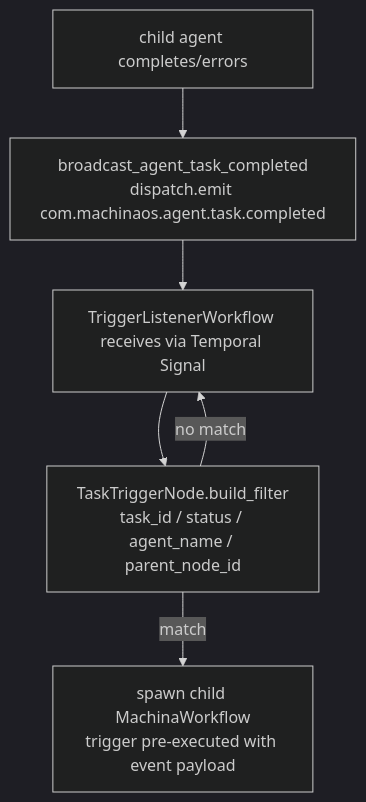
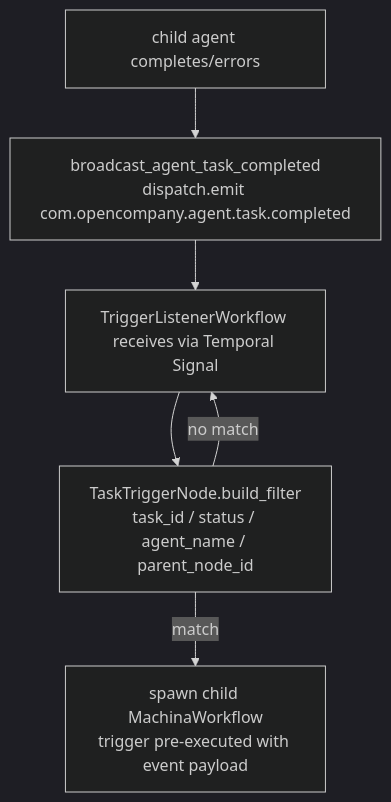
The diagram in docs-internal/node-logic-flows/workflow_triggers/taskTrigger.md (zeenie-ai/OpenCompany), drawn with Mermaid (dark theme) before and after one commit. The commit also changed other lines of this file and 405 other files, not shown here.

````diff
--- a/docs-internal/node-logic-flows/workflow_triggers/taskTrigger.md
+++ b/docs-internal/node-logic-flows/workflow_triggers/taskTrigger.md
@@ -68,8 +68,8 @@
 ```mermaid
 flowchart TD
-  P[child agent completes/errors] --> Q[broadcast_agent_task_completed<br/>dispatch.emit com.machinaos.agent.task.completed]
+  P[child agent completes/errors] --> Q[broadcast_agent_task_completed<br/>dispatch.emit com.opencompany.agent.task.completed]
   Q --> R[TriggerListenerWorkflow receives via Temporal Signal]
   R --> S[TaskTriggerNode.build_filter<br/>task_id / status / agent_name / parent_node_id]
   S -- match --> T[spawn child MachinaWorkflow<br/>trigger pre-executed with event payload]
   S -- no match --> R
 ```
````
